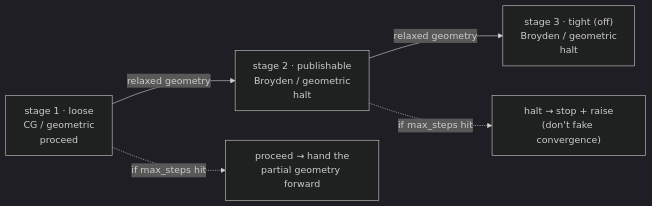
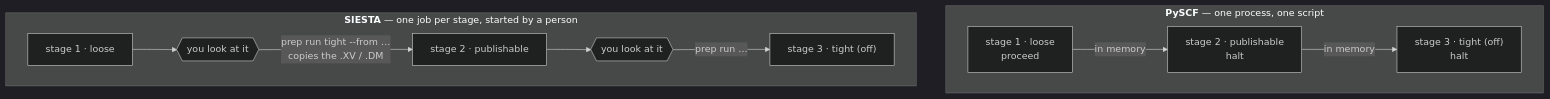
One commit to Qing-LAB/molbuilder changed the second of 2 diagrams in docs/engines/tuning.md. Above: the diagram before and after it, drawn with Mermaid (dark theme). The commit also changed other lines of this file and 18 other files, not shown here.

````diff
--- a/docs/engines/tuning.md
+++ b/docs/engines/tuning.md
@@ -351,7 +415,13 @@
 ```mermaid
-flowchart LR
-    S1["stage 1 · loose<br/>CG / geometric<br/>proceed"] -->|"relaxed geometry"| S2["stage 2 · publishable<br/>Broyden / geometric<br/>halt"]
-    S2 -->|"relaxed geometry"| S3["stage 3 · tight (off)<br/>Broyden / geometric<br/>halt"]
-    S1 -.->|"if max_steps hit"| P["proceed → hand the<br/>partial geometry forward"]
-    S2 -.->|"if max_steps hit"| H["halt → stop + raise<br/>(don't fake convergence)"]
+flowchart TB
+    subgraph PY["<b>PySCF</b> — one process, one script"]
+      direction LR
+      P1["stage 1 · loose<br/>proceed"] -->|"in memory"| P2["stage 2 · publishable<br/>halt"] -->|"in memory"| P3["stage 3 · tight (off)<br/>halt"]
+    end
+    subgraph SI["<b>SIESTA</b> — one job per stage, started by a person"]
+      direction LR
+      S1["stage 1 · loose"] --> L1{{"you look at it"}}
+      L1 -->|"prep run tight --from …<br/>copies the .XV / .DM"| S2["stage 2 · publishable"]
+      S2 --> L2{{"you look at it"}} -->|"prep run …"| S3["stage 3 · tight (off)"]
+    end
 ```
````
